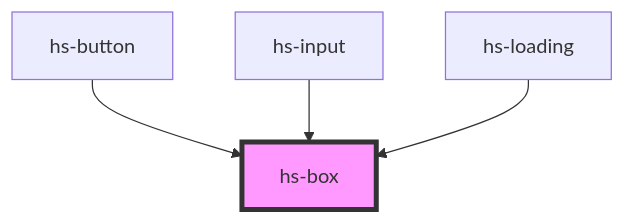
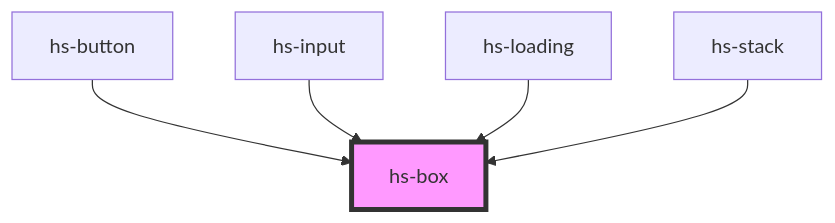
The diagram in src/components/hs-box/readme.md (dimka3553/hs-design-system), drawn with Mermaid before and after one commit. The commit also changed other lines of this file and 12 other files, not shown here.

````diff
--- a/src/components/hs-box/readme.md
+++ b/src/components/hs-box/readme.md
@@ -27,7 +28,8 @@
 ```mermaid
 graph TD;
   hs-button --> hs-box
   hs-input --> hs-box
   hs-loading --> hs-box
+  hs-stack --> hs-box
   style hs-box fill:#f9f,stroke:#333,stroke-width:4px
 ```
````
